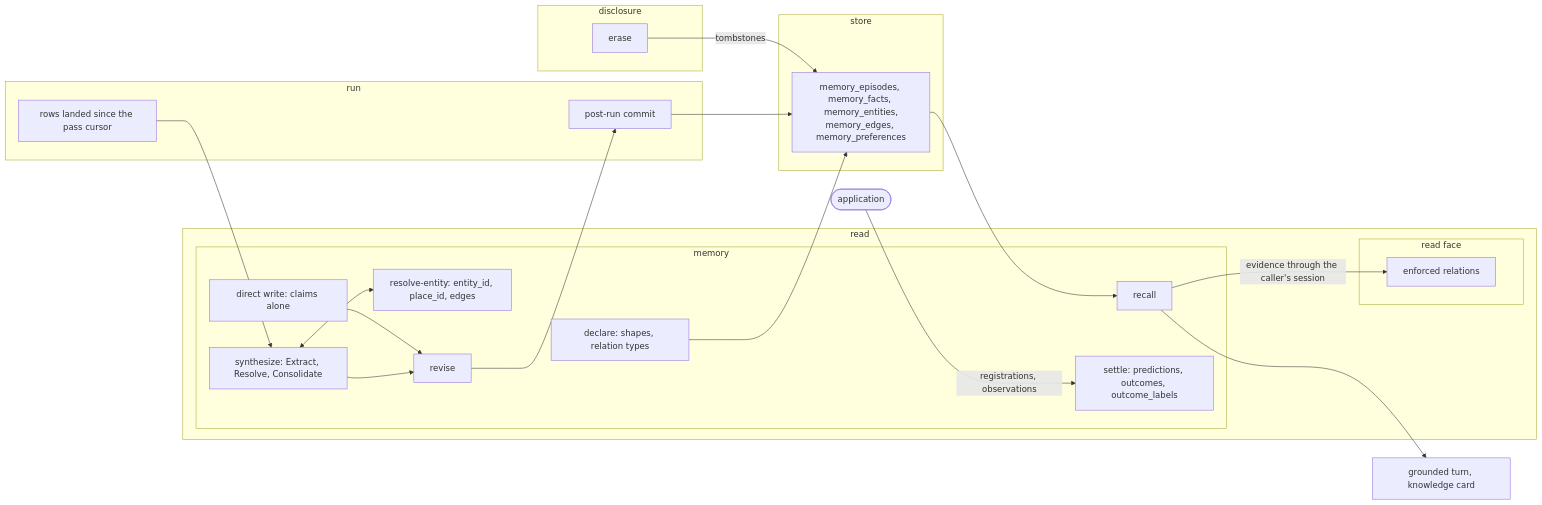
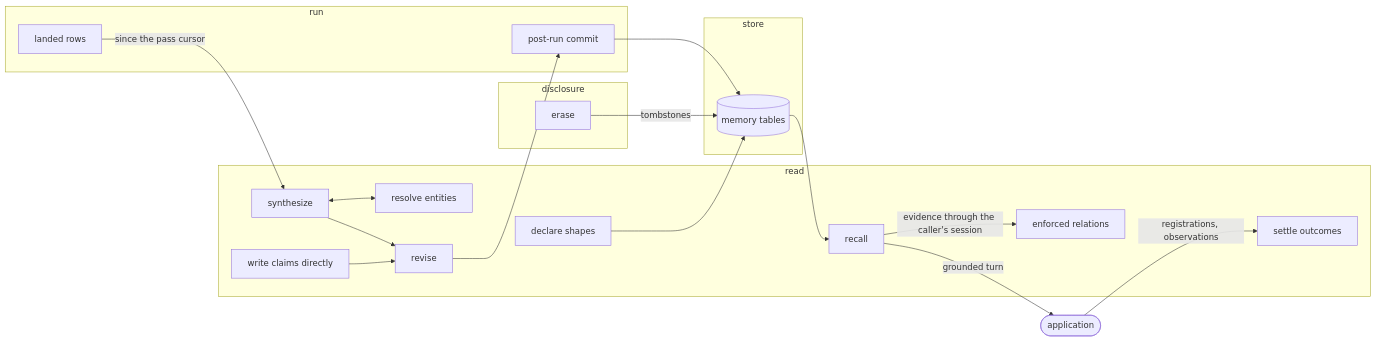
Before and after one commit to fractalboxdev/contextful: the first of 4 diagrams in spec/21-memory.md, drawn with Mermaid. The commit also changed other lines of this file and 24 other files, not shown here.

First line of the commit message:
spec: every flowchart draws one entity or process per node

````diff
--- a/spec/21-memory.md
+++ b/spec/21-memory.md
@@ -21,46 +21,41 @@
 ```mermaid
 flowchart LR
   APP(["application"])
-  ANS["grounded turn, knowledge card"]
 
   subgraph RUNC["run"]
-    ROWS["rows landed since the pass cursor"]
+    ROWS["landed rows"]
     COMMIT["post-run commit"]
   end
 
   subgraph READC["read"]
-    subgraph MEMO["memory"]
-      DECL["declare: shapes, relation types"]
-      SYN["synthesize: Extract, Resolve, Consolidate"]
-      RES["resolve-entity: entity_id, place_id, edges"]
-      DW["direct write: claims alone"]
-      REV["revise"]
-      REC["recall"]
-      SET["settle: predictions, outcomes, outcome_labels"]
-    end
-    subgraph FACE["read face"]
-      READ["enforced relations"]
-    end
+    DECL["declare shapes"]
+    SYN["synthesize"]
+    RES["resolve entities"]
+    DW["write claims directly"]
+    REV["revise"]
+    REC["recall"]
+    SET["settle outcomes"]
+    READ["enforced relations"]
   end
 
   subgraph STOREC["store"]
-    TBL["memory_episodes, memory_facts, memory_entities,<br/>memory_edges, memory_preferences"]
+    TBL[("memory tables")]
   end
 
   subgraph DISC["disclosure"]
     ERASE["erase"]
   end
 
-  ROWS --> SYN
+  ROWS -- "since the pass cursor" --> SYN
   SYN <--> RES
   SYN --> REV
   DW --> REV
   REV --> COMMIT
   DECL --> TBL
   COMMIT --> TBL
   ERASE -- "tombstones" --> TBL
   TBL --> REC
   REC -- "evidence through the caller's session" --> READ
-  REC --> ANS
+  REC -- "grounded turn" --> APP
   APP -- "registrations, observations" --> SET
 ```
````
